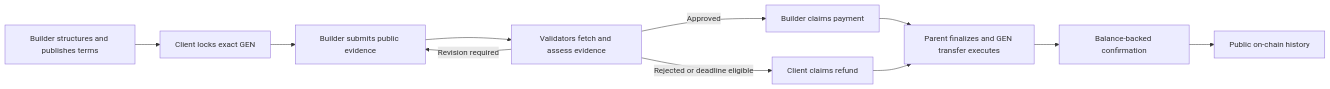
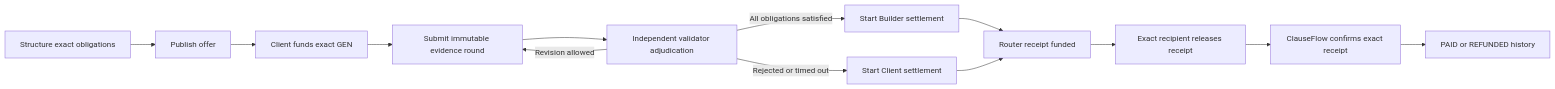
The diagram in README.md (tanphung/ClauseFlow), drawn with Mermaid before and after one commit. The commit also changed other lines of this file and 6 other files, not shown here.

````diff
--- a/README.md
+++ b/README.md
@@ -53,13 +54,15 @@
 ```mermaid
 flowchart LR
-  A[Builder structures and publishes terms] --> B[Client locks exact GEN]
-  B --> C[Builder submits public evidence]
-  C --> D[Validators fetch and assess evidence]
-  D -->|Approved| E[Builder claims payment]
-  D -->|Revision required| C
-  D -->|Rejected or deadline eligible| F[Client claims refund]
-  E --> G[Parent finalizes and GEN transfer executes]
-  F --> G
-  G --> H[Balance-backed confirmation]
-  H --> I[Public on-chain history]
+  A[Structure exact obligations] --> B[Publish offer]
+  B --> C[Client funds exact GEN]
+  C --> D[Submit immutable evidence round]
+  D --> E[Independent validator adjudication]
+  E -->|All obligations satisfied| F[Start Builder settlement]
+  E -->|Revision allowed| D
+  E -->|Rejected or timed out| G[Start Client settlement]
+  F --> H[Router receipt funded]
+  G --> H
+  H --> I[Exact recipient releases receipt]
+  I --> J[ClauseFlow confirms exact receipt]
+  J --> K[PAID or REFUNDED history]
 ```
````
